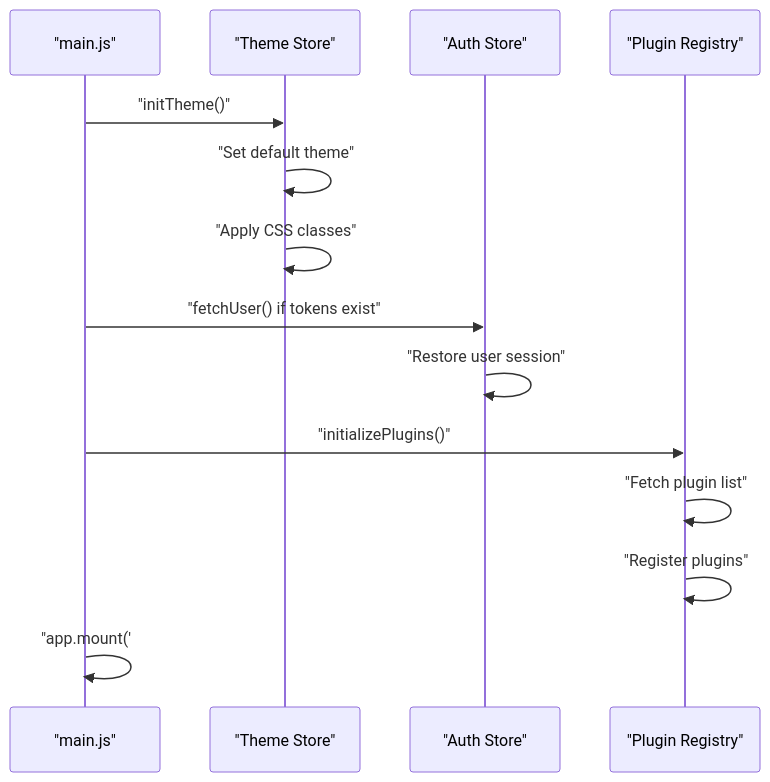
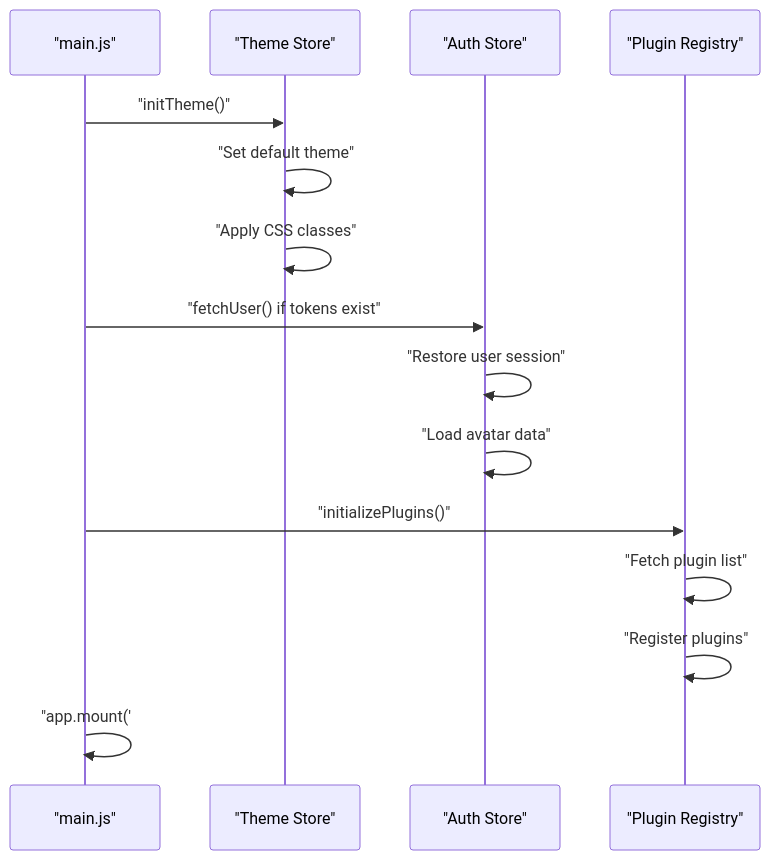
Before and after one commit to Nikita5543/New-SSO-02: the second of 15 diagrams in .qoder/repowiki/en/content/Frontend Architecture/Frontend Architecture.md, drawn with Mermaid. The commit also changed other lines of this file and 4 other files, not shown here.

````diff
--- a/.qoder/repowiki/en/content/Frontend Architecture/Frontend Architecture.md
+++ b/.qoder/repowiki/en/content/Frontend Architecture/Frontend Architecture.md
@@ -147,16 +157,17 @@
 ```mermaid
 sequenceDiagram
 participant M as "main.js"
 participant TS as "Theme Store"
 participant AS as "Auth Store"
 participant PR as "Plugin Registry"
 M->>TS : "initTheme()"
 TS->>TS : "Set default theme"
 TS->>TS : "Apply CSS classes"
 M->>AS : "fetchUser() if tokens exist"
 AS->>AS : "Restore user session"
+AS->>AS : "Load avatar data"
 M->>PR : "initializePlugins()"
 PR->>PR : "Fetch plugin list"
 PR->>PR : "Register plugins"
 M->>M : "app.mount('#app')"
 ```
````
